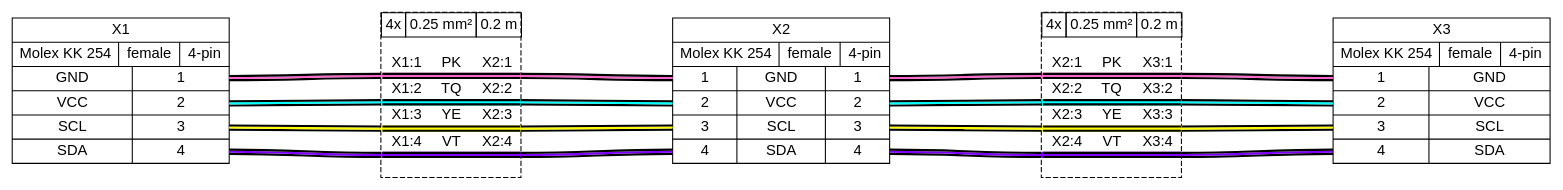
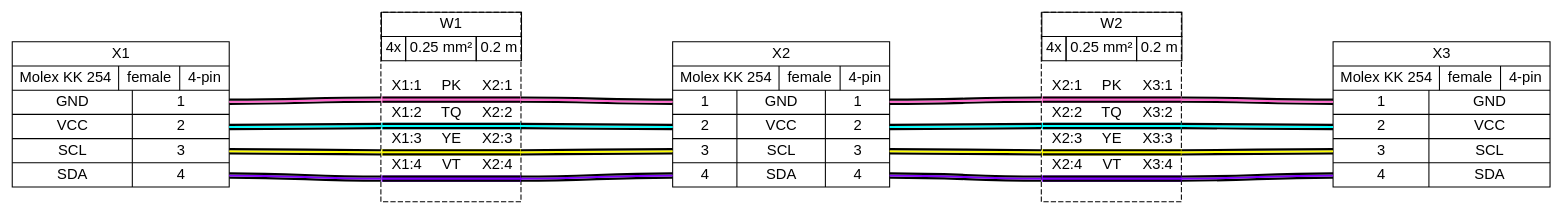
Before and after one commit to wireviz/WireViz: the diagram in examples/ex05.gv, drawn with Graphviz. The commit also changed 29 other files, not shown here.

```diff
--- a/examples/ex05.gv
+++ b/examples/ex05.gv
@@ -1,36 +1,36 @@
 graph {
 // Graph generated by WireViz
 // https://github.com/formatc1702/WireViz
 	graph [bgcolor=white fontname=arial nodesep=0.33 rankdir=LR ranksep=2]
 	node [fillcolor=white fontname=arial shape=record style=filled]
 	edge [fontname=arial style=bold]
 	X1 [label="X1|{Molex KK 254|female|4-pin}|{{GND|VCC|SCL|SDA}|{<p1r>1|<p2r>2|<p3r>3|<p4r>4}}"]
 	X2 [label="X2|{Molex KK 254|female|4-pin}|{{<p1l>1|<p2l>2|<p3l>3|<p4l>4}|{GND|VCC|SCL|SDA}|{<p1r>1|<p2r>2|<p3r>3|<p4r>4}}"]
 	X3 [label="X3|{Molex KK 254|female|4-pin}|{{<p1l>1|<p2l>2|<p3l>3|<p4l>4}|{GND|VCC|SCL|SDA}}"]
 	edge [color="#000000:#ff66cc:#000000"]
 	X1:p1r:e -- W1:w1:w
 	W1:w1:e -- X2:p1l:w
 	edge [color="#000000:#00ffff:#000000"]
 	X1:p2r:e -- W1:w2:w
 	W1:w2:e -- X2:p2l:w
 	edge [color="#000000:#ffff00:#000000"]
 	X1:p3r:e -- W1:w3:w
 	W1:w3:e -- X2:p3l:w
 	edge [color="#000000:#8000ff:#000000"]
 	X1:p4r:e -- W1:w4:w
 	W1:w4:e -- X2:p4l:w
-	W1 [label=<<table border="0" cellspacing="0" cellpadding="0"><tr><td><table border="0" cellspacing="0" cellpadding="3" cellborder="1"><tr><td>4x</td><td>0.25 mm²</td><td>0.2 m</td></tr></table></td></tr><tr><td>&nbsp;</td></tr><tr><td><table border="0" cellspacing="0" cellborder="0"><tr><td>X1:1</td><td>PK</td><td>X2:1</td></tr><tr><td colspan="3" cellpadding="0" height="6" bgcolor="#ff66cc" border="2" sides="tb" port="w1"></td></tr><tr><td>X1:2</td><td>TQ</td><td>X2:2</td></tr><tr><td colspan="3" cellpadding="0" height="6" bgcolor="#00ffff" border="2" sides="tb" port="w2"></td></tr><tr><td>X1:3</td><td>YE</td><td>X2:3</td></tr><tr><td colspan="3" cellpadding="0" height="6" bgcolor="#ffff00" border="2" sides="tb" port="w3"></td></tr><tr><td>X1:4</td><td>VT</td><td>X2:4</td></tr><tr><td colspan="3" cellpadding="0" height="6" bgcolor="#8000ff" border="2" sides="tb" port="w4"></td></tr><tr><td>&nbsp;</td></tr></table></td></tr></table>> fillcolor=white margin=0 shape=box style="filled,dashed"]
+	W1 [label=<<table border="0" cellspacing="0" cellpadding="0"><tr><td><table border="0" cellspacing="0" cellpadding="3" cellborder="1"><tr><td colspan="3">W1</td></tr><tr><td>4x</td><td>0.25 mm²</td><td>0.2 m</td></tr></table></td></tr><tr><td>&nbsp;</td></tr><tr><td><table border="0" cellspacing="0" cellborder="0"><tr><td>X1:1</td><td>PK</td><td>X2:1</td></tr><tr><td colspan="3" cellpadding="0" height="6" bgcolor="#ff66cc" border="2" sides="tb" port="w1"></td></tr><tr><td>X1:2</td><td>TQ</td><td>X2:2</td></tr><tr><td colspan="3" cellpadding="0" height="6" bgcolor="#00ffff" border="2" sides="tb" port="w2"></td></tr><tr><td>X1:3</td><td>YE</td><td>X2:3</td></tr><tr><td colspan="3" cellpadding="0" height="6" bgcolor="#ffff00" border="2" sides="tb" port="w3"></td></tr><tr><td>X1:4</td><td>VT</td><td>X2:4</td></tr><tr><td colspan="3" cellpadding="0" height="6" bgcolor="#8000ff" border="2" sides="tb" port="w4"></td></tr><tr><td>&nbsp;</td></tr></table></td></tr></table>> fillcolor=white margin=0 shape=box style="filled,dashed"]
 	edge [color="#000000:#ff66cc:#000000"]
 	X2:p1r:e -- W2:w1:w
 	W2:w1:e -- X3:p1l:w
 	edge [color="#000000:#00ffff:#000000"]
 	X2:p2r:e -- W2:w2:w
 	W2:w2:e -- X3:p2l:w
 	edge [color="#000000:#ffff00:#000000"]
 	X2:p3r:e -- W2:w3:w
 	W2:w3:e -- X3:p3l:w
 	edge [color="#000000:#8000ff:#000000"]
 	X2:p4r:e -- W2:w4:w
 	W2:w4:e -- X3:p4l:w
-	W2 [label=<<table border="0" cellspacing="0" cellpadding="0"><tr><td><table border="0" cellspacing="0" cellpadding="3" cellborder="1"><tr><td>4x</td><td>0.25 mm²</td><td>0.2 m</td></tr></table></td></tr><tr><td>&nbsp;</td></tr><tr><td><table border="0" cellspacing="0" cellborder="0"><tr><td>X2:1</td><td>PK</td><td>X3:1</td></tr><tr><td colspan="3" cellpadding="0" height="6" bgcolor="#ff66cc" border="2" sides="tb" port="w1"></td></tr><tr><td>X2:2</td><td>TQ</td><td>X3:2</td></tr><tr><td colspan="3" cellpadding="0" height="6" bgcolor="#00ffff" border="2" sides="tb" port="w2"></td></tr><tr><td>X2:3</td><td>YE</td><td>X3:3</td></tr><tr><td colspan="3" cellpadding="0" height="6" bgcolor="#ffff00" border="2" sides="tb" port="w3"></td></tr><tr><td>X2:4</td><td>VT</td><td>X3:4</td></tr><tr><td colspan="3" cellpadding="0" height="6" bgcolor="#8000ff" border="2" sides="tb" port="w4"></td></tr><tr><td>&nbsp;</td></tr></table></td></tr></table>> fillcolor=white margin=0 shape=box style="filled,dashed"]
+	W2 [label=<<table border="0" cellspacing="0" cellpadding="0"><tr><td><table border="0" cellspacing="0" cellpadding="3" cellborder="1"><tr><td colspan="3">W2</td></tr><tr><td>4x</td><td>0.25 mm²</td><td>0.2 m</td></tr></table></td></tr><tr><td>&nbsp;</td></tr><tr><td><table border="0" cellspacing="0" cellborder="0"><tr><td>X2:1</td><td>PK</td><td>X3:1</td></tr><tr><td colspan="3" cellpadding="0" height="6" bgcolor="#ff66cc" border="2" sides="tb" port="w1"></td></tr><tr><td>X2:2</td><td>TQ</td><td>X3:2</td></tr><tr><td colspan="3" cellpadding="0" height="6" bgcolor="#00ffff" border="2" sides="tb" port="w2"></td></tr><tr><td>X2:3</td><td>YE</td><td>X3:3</td></tr><tr><td colspan="3" cellpadding="0" height="6" bgcolor="#ffff00" border="2" sides="tb" port="w3"></td></tr><tr><td>X2:4</td><td>VT</td><td>X3:4</td></tr><tr><td colspan="3" cellpadding="0" height="6" bgcolor="#8000ff" border="2" sides="tb" port="w4"></td></tr><tr><td>&nbsp;</td></tr></table></td></tr></table>> fillcolor=white margin=0 shape=box style="filled,dashed"]
 }
```
